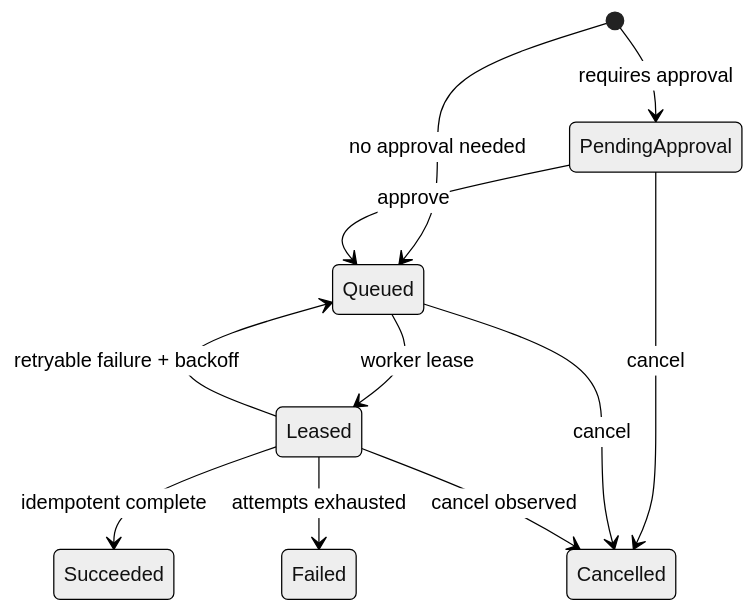
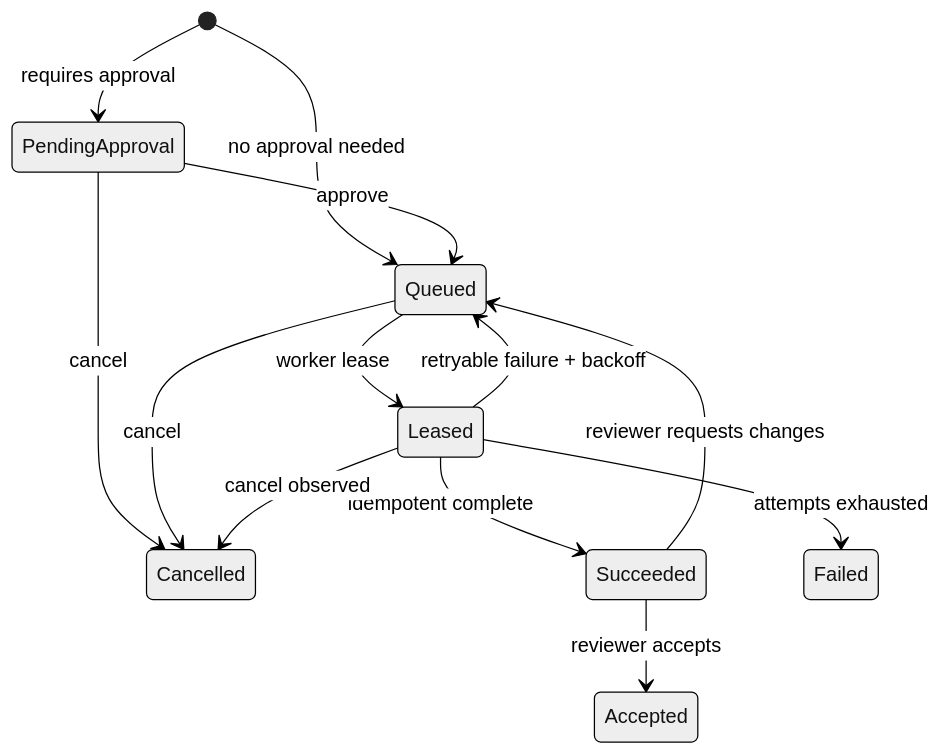
One commit to estejosh/ferryman changed the diagram in docs/ARCHITECTURE.md. Above: the diagram before and after it, drawn with Mermaid (neutral theme). The commit also changed other lines of this file and 4 other files, not shown here.

````diff
--- a/docs/ARCHITECTURE.md
+++ b/docs/ARCHITECTURE.md
@@ -17,13 +17,15 @@
 ```mermaid
 stateDiagram-v2
   [*] --> PendingApproval: requires approval
   [*] --> Queued: no approval needed
   PendingApproval --> Queued: approve
   PendingApproval --> Cancelled: cancel
   Queued --> Leased: worker lease
   Leased --> Succeeded: idempotent complete
   Leased --> Queued: retryable failure + backoff
   Leased --> Failed: attempts exhausted
   Queued --> Cancelled: cancel
   Leased --> Cancelled: cancel observed
+  Succeeded --> Accepted: reviewer accepts
+  Succeeded --> Queued: reviewer requests changes
 ```
````
